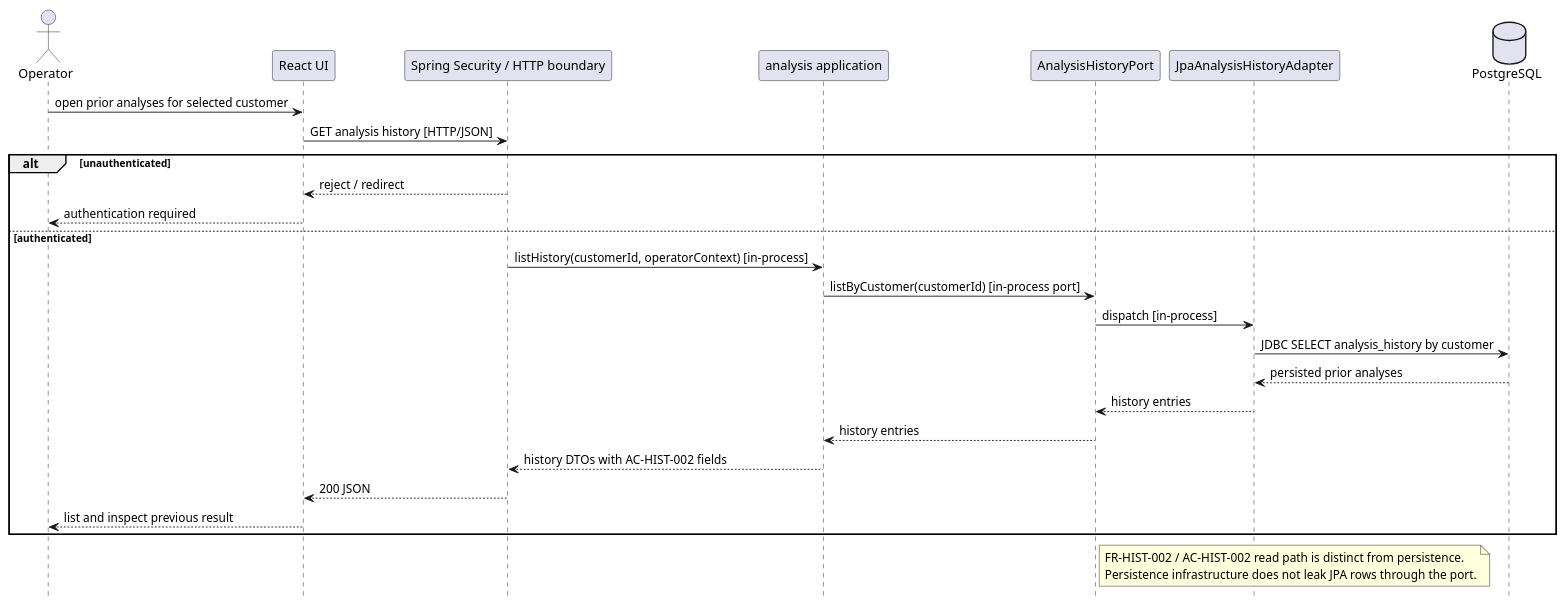
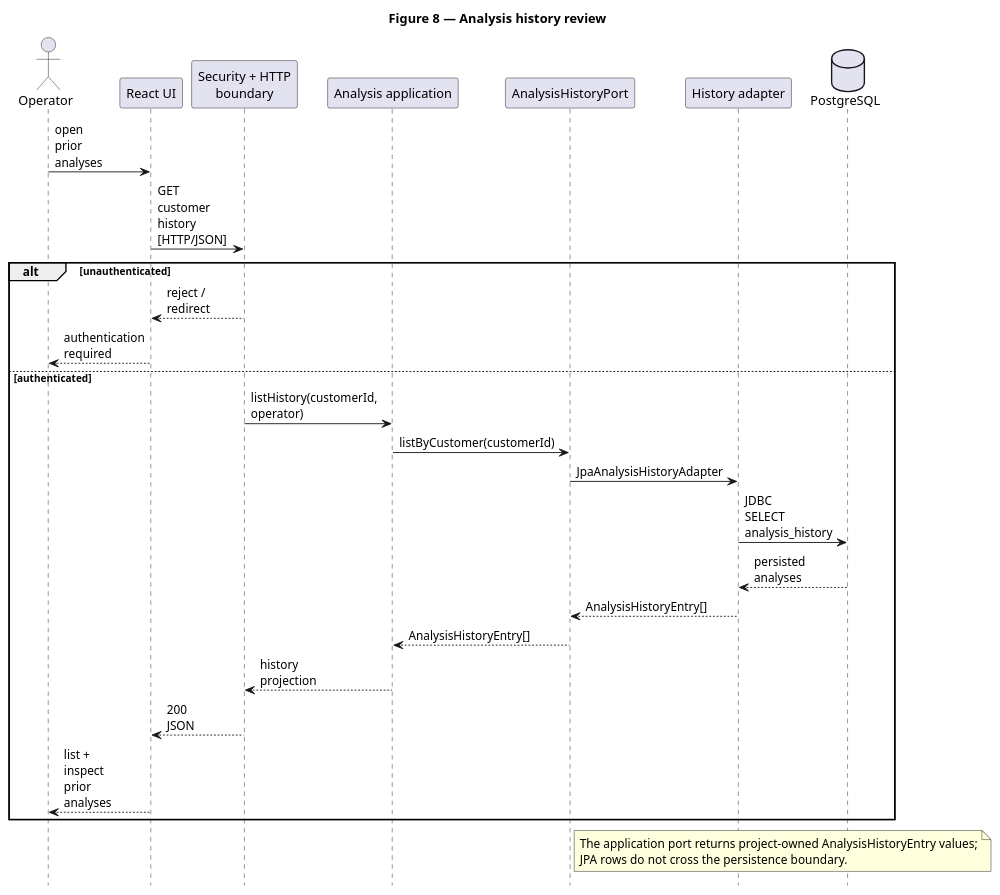
The diagram in docs/assignment/SDD/diagrams/sequence-analysis-history.puml (jdoe-dev-159753/specgraph-reference-app), drawn with PlantUML before and after one commit. The commit also changed 46 other files, not shown here.

First line of the commit message:
docs: finalize readable SDD and architectural semantics (#78)

```diff
--- a/docs/assignment/SDD/diagrams/sequence-analysis-history.puml
+++ b/docs/assignment/SDD/diagrams/sequence-analysis-history.puml
@@ -1,33 +1,36 @@
 @startuml
+title Figure 8 — Analysis history review
 hide footbox
+skinparam maxMessageSize 52
+
 actor Operator
 participant "React UI" as UI
-participant "Spring Security / HTTP boundary" as Boundary
-participant "analysis application" as Analysis
+participant "Security + HTTP\nboundary" as Boundary
+participant "Analysis application" as Analysis
 participant "AnalysisHistoryPort" as History
-participant "JpaAnalysisHistoryAdapter" as Jpa
+participant "History adapter" as Adapter
 database "PostgreSQL" as DB
 
-Operator -> UI : open prior analyses for selected customer
-UI -> Boundary : GET analysis history [HTTP/JSON]
+Operator -> UI : open prior analyses
+UI -> Boundary : GET customer history [HTTP/JSON]
 alt unauthenticated
   Boundary --> UI : reject / redirect
   UI --> Operator : authentication required
 else authenticated
-  Boundary -> Analysis : listHistory(customerId, operatorContext) [in-process]
-  Analysis -> History : listByCustomer(customerId) [in-process port]
-  History -> Jpa : dispatch [in-process]
-  Jpa -> DB : JDBC SELECT analysis_history by customer
-  DB --> Jpa : persisted prior analyses
-  Jpa --> History : history entries
-  History --> Analysis : history entries
-  Analysis --> Boundary : history DTOs with AC-HIST-002 fields
+  Boundary -> Analysis : listHistory(customerId, operator)
+  Analysis -> History : listByCustomer(customerId)
+  History -> Adapter : JpaAnalysisHistoryAdapter
+  Adapter -> DB : JDBC SELECT analysis_history
+  DB --> Adapter : persisted analyses
+  Adapter --> History : AnalysisHistoryEntry[]
+  History --> Analysis : AnalysisHistoryEntry[]
+  Analysis --> Boundary : history projection
   Boundary --> UI : 200 JSON
-  UI --> Operator : list and inspect previous result
+  UI --> Operator : list + inspect prior analyses
 end
 
 note right of History
-  FR-HIST-002 / AC-HIST-002 read path is distinct from persistence.
-  Persistence infrastructure does not leak JPA rows through the port.
+  The application port returns project-owned AnalysisHistoryEntry values;
+  JPA rows do not cross the persistence boundary.
 end note
 @enduml
```
